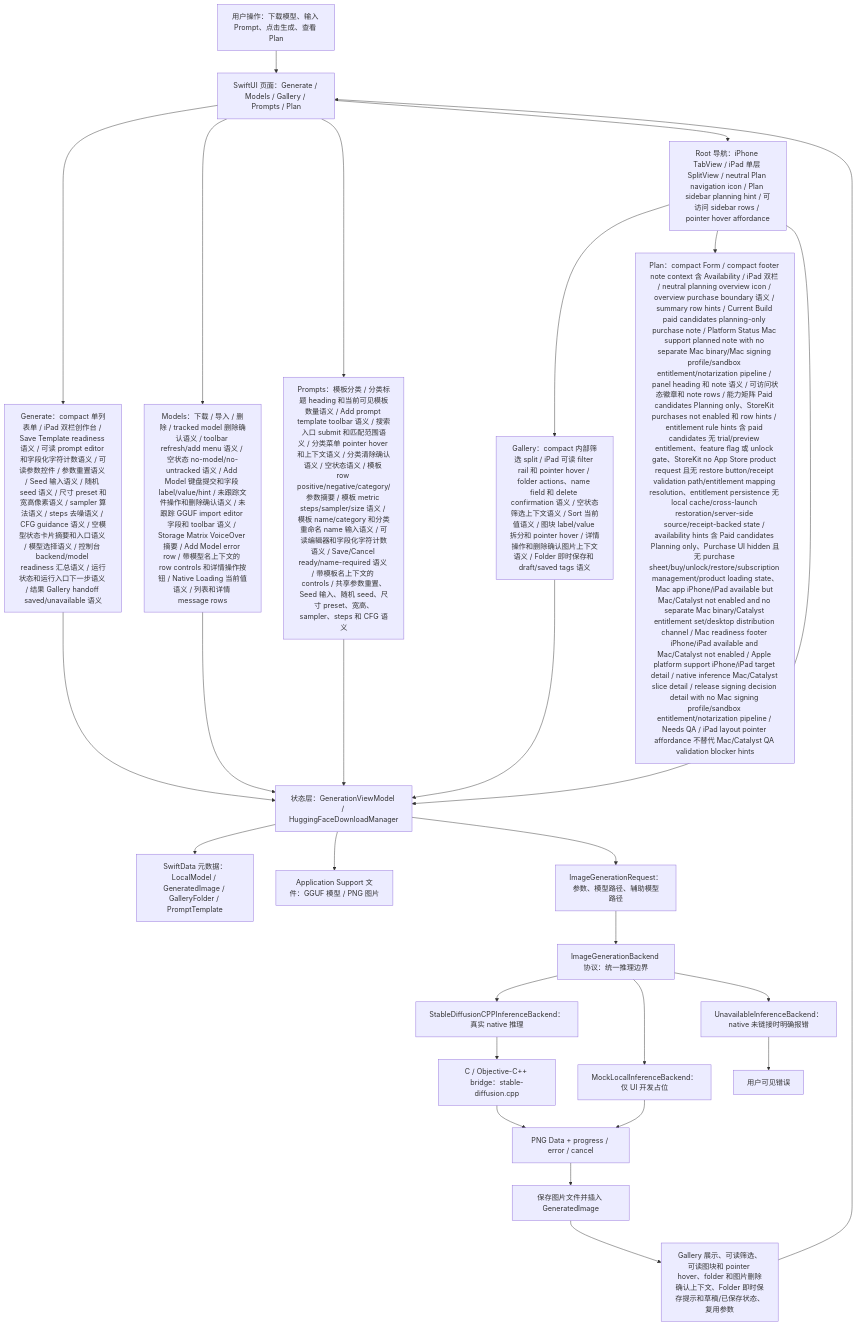
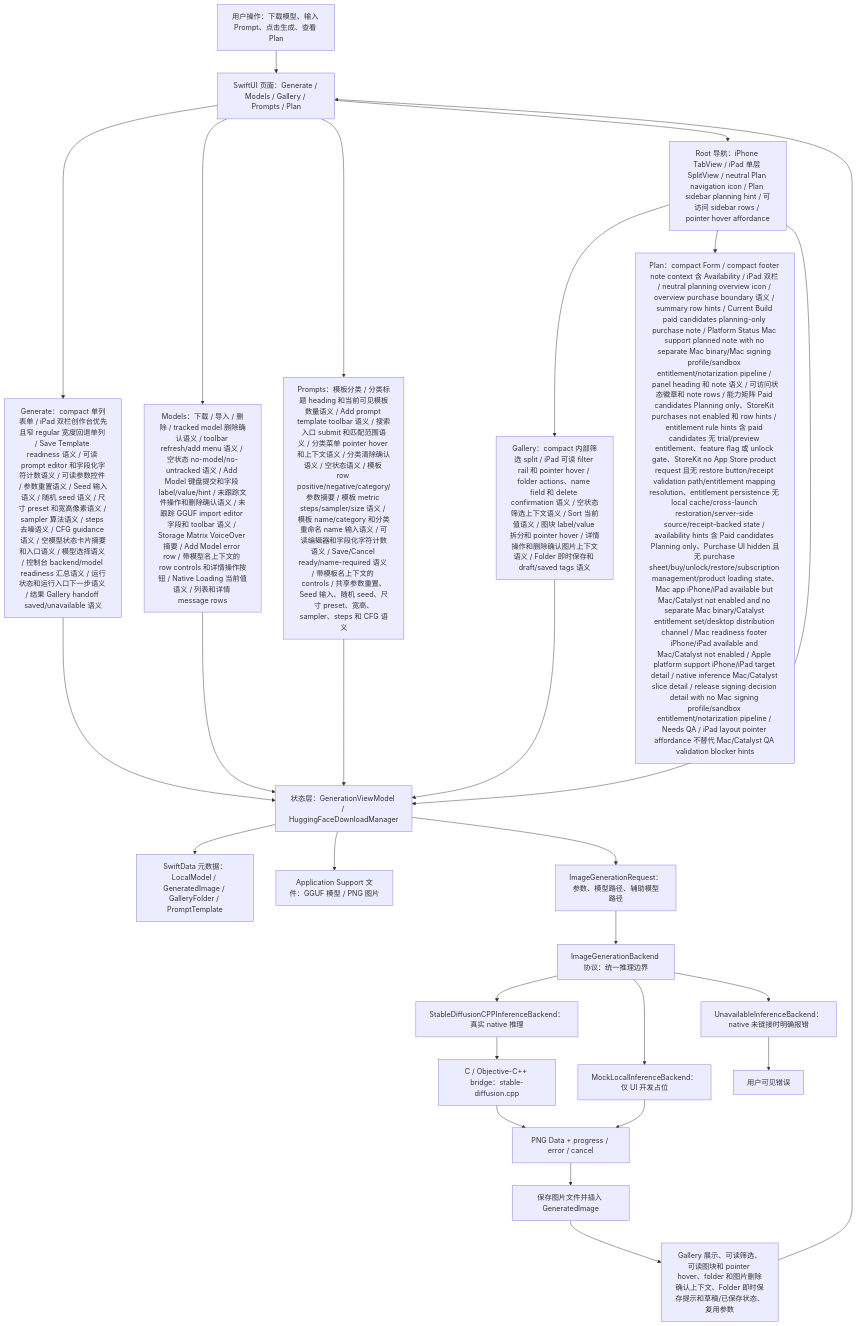
Before and after one commit to Altman-sam114/118: the first of 7 diagrams in md/flow/flowchart.md, drawn with Mermaid. The commit also changed 5 other files, not shown here.

First line of the commit message:
v1.120: Generate iPad layout fallback

````diff
--- a/md/flow/flowchart.md
+++ b/md/flow/flowchart.md
@@ -9,29 +9,29 @@
 ```mermaid
 flowchart TD
   U["用户操作：下载模型、输入 Prompt、点击生成、查看 Plan"] --> UI["SwiftUI 页面：Generate / Models / Gallery / Prompts / Plan"]
-  UI --> GENUI["Generate：compact 单列表单 / iPad 双栏创作台 / Save Template readiness 语义 / 可读 prompt editor 和字段化字符计数语义 / 可读参数控件 / 参数重置语义 / Seed 输入语义 / 随机 seed 语义 / 尺寸 preset 和宽高像素语义 / sampler 算法语义 / steps 去噪语义 / CFG guidance 语义 / 空模型状态卡片摘要和入口语义 / 模型选择语义 / 控制台 backend/model readiness 汇总语义 / 运行状态和运行入口下一步语义 / 结果 Gallery handoff saved/unavailable 语义"]
+  UI --> GENUI["Generate：compact 单列表单 / iPad 双栏创作台优先且窄 regular 宽度回退单列 / Save Template readiness 语义 / 可读 prompt editor 和字段化字符计数语义 / 可读参数控件 / 参数重置语义 / Seed 输入语义 / 随机 seed 语义 / 尺寸 preset 和宽高像素语义 / sampler 算法语义 / steps 去噪语义 / CFG guidance 语义 / 空模型状态卡片摘要和入口语义 / 模型选择语义 / 控制台 backend/model readiness 汇总语义 / 运行状态和运行入口下一步语义 / 结果 Gallery handoff saved/unavailable 语义"]
   UI --> MODELUI["Models：下载 / 导入 / 删除 / tracked model 删除确认语义 / toolbar refresh/add menu 语义 / 空状态 no-model/no-untracked 语义 / Add Model 键盘提交和字段 label/value/hint / 未跟踪文件操作和删除确认语义 / 未跟踪 GGUF import editor 字段和 toolbar 语义 / Storage Matrix VoiceOver 摘要 / Add Model error row / 带模型名上下文的 row controls 和详情操作按钮 / Native Loading 当前值语义 / 列表和详情 message rows"]
   UI --> PROMPTUI["Prompts：模板分类 / 分类标题 heading 和当前可见模板数量语义 / Add prompt template toolbar 语义 / 搜索入口 submit 和匹配范围语义 / 分类菜单 pointer hover 和上下文语义 / 分类清除确认语义 / 空状态语义 / 模板 row positive/negative/category/参数摘要 / 模板 metric steps/sampler/size 语义 / 模板 name/category 和分类重命名 name 输入语义 / 可读编辑器和字段化字符计数语义 / Save/Cancel ready/name-required 语义 / 带模板名上下文的 controls / 共享参数重置、Seed 输入、随机 seed、尺寸 preset、宽高、sampler、steps 和 CFG 语义"]
   UI --> NAV["Root 导航：iPhone TabView / iPad 单层 SplitView / neutral Plan navigation icon / Plan sidebar planning hint / 可访问 sidebar rows / pointer hover affordance"]
   NAV --> GALUI["Gallery：compact 内部筛选 split / iPad 可读 filter rail 和 pointer hover / folder actions、name field 和 delete confirmation 语义 / 空状态筛选上下文语义 / Sort 当前值语义 / 图块 label/value 拆分和 pointer hover / 详情操作和删除确认图片上下文语义 / Folder 即时保存和 draft/saved tags 语义"]
   NAV --> PLANUI["Plan：compact Form / compact footer note context 含 Availability / iPad 双栏 / neutral planning overview icon / overview purchase boundary 语义 / summary row hints / Current Build paid candidates planning-only purchase note / Platform Status Mac support planned note with no separate Mac binary/Mac signing profile/sandbox entitlement/notarization pipeline / panel heading 和 note 语义 / 可访问状态徽章和 note rows / 能力矩阵 Paid candidates Planning only、StoreKit purchases not enabled 和 row hints / entitlement rule hints 含 paid candidates 无 trial/preview entitlement、feature flag 或 unlock gate、StoreKit no App Store product request 且无 restore button/receipt validation path/entitlement mapping resolution、entitlement persistence 无 local cache/cross-launch restoration/server-side source/receipt-backed state / availability hints 含 Paid candidates Planning only、Purchase UI hidden 且无 purchase sheet/buy/unlock/restore/subscription management/product loading state、Mac app iPhone/iPad available but Mac/Catalyst not enabled and no separate Mac binary/Catalyst entitlement set/desktop distribution channel / Mac readiness footer iPhone/iPad available and Mac/Catalyst not enabled / Apple platform support iPhone/iPad target detail / native inference Mac/Catalyst slice detail / release signing decision detail with no Mac signing profile/sandbox entitlement/notarization pipeline / Needs QA / iPad layout pointer affordance 不替代 Mac/Catalyst QA validation blocker hints"]
   NAV --> VM["状态层：GenerationViewModel / HuggingFaceDownloadManager"]
   GENUI --> VM
   MODELUI --> VM
   PROMPTUI --> VM
   GALUI --> VM
   VM --> SD["SwiftData 元数据：LocalModel / GeneratedImage / GalleryFolder / PromptTemplate"]
   VM --> FS["Application Support 文件：GGUF 模型 / PNG 图片"]
   VM --> REQ["ImageGenerationRequest：参数、模型路径、辅助模型路径"]
   REQ --> IFACE["ImageGenerationBackend 协议：统一推理边界"]
   IFACE --> NATIVE["StableDiffusionCPPInferenceBackend：真实 native 推理"]
   IFACE --> MOCK["MockLocalInferenceBackend：仅 UI 开发占位"]
   IFACE --> OFF["UnavailableInferenceBackend：native 未链接时明确报错"]
   NATIVE --> BRIDGE["C / Objective-C++ bridge：stable-diffusion.cpp"]
   BRIDGE --> PNG["PNG Data + progress / error / cancel"]
   MOCK --> PNG
   OFF --> ERR["用户可见错误"]
   PNG --> SAVE["保存图片文件并插入 GeneratedImage"]
   SAVE --> GALLERY["Gallery 展示、可读筛选、可读图块和 pointer hover、folder 和图片删除确认上下文、Folder 即时保存提示和草稿/已保存状态、复用参数"]
   GALLERY --> UI
 ```
````
